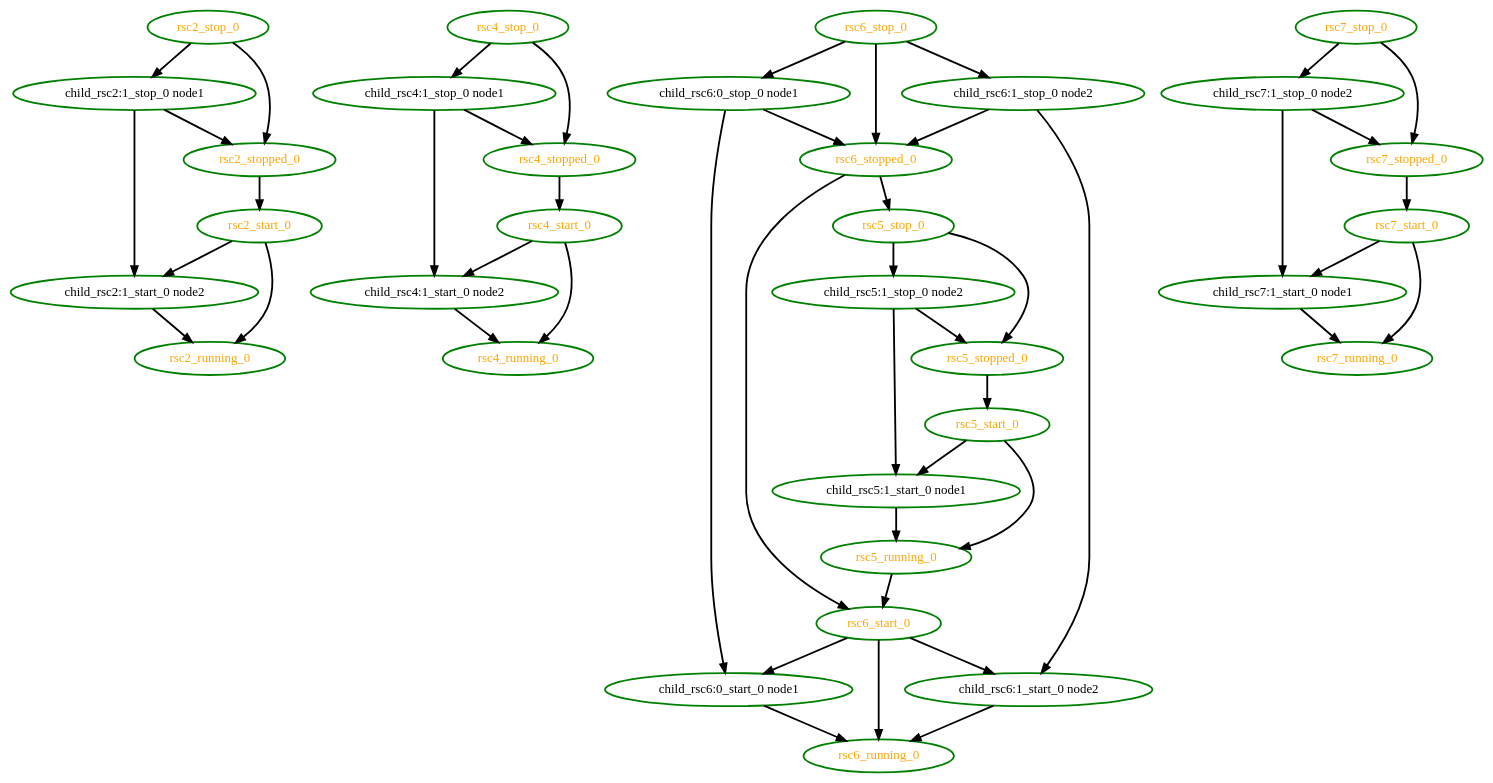
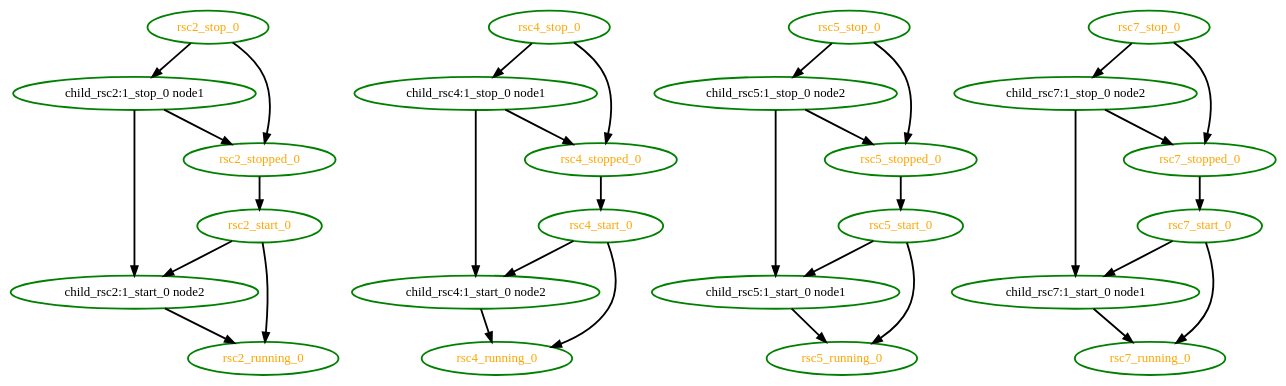
Before and after one commit to ClusterLabs/pacemaker: the diagram in cts/scheduler/dot/inc6.dot, drawn with Graphviz. The commit also changed 19 other files, not shown here.

```diff
--- a/cts/scheduler/dot/inc6.dot
+++ b/cts/scheduler/dot/inc6.dot
@@ -1,81 +1,58 @@
  digraph "g" {
 "child_rsc2:1_start_0 node2" -> "rsc2_running_0" [ style = bold]
 "child_rsc2:1_start_0 node2" [ style=bold color="green" fontcolor="black"]
 "child_rsc2:1_stop_0 node1" -> "child_rsc2:1_start_0 node2" [ style = bold]
 "child_rsc2:1_stop_0 node1" -> "rsc2_stopped_0" [ style = bold]
 "child_rsc2:1_stop_0 node1" [ style=bold color="green" fontcolor="black"]
 "child_rsc4:1_start_0 node2" -> "rsc4_running_0" [ style = bold]
 "child_rsc4:1_start_0 node2" [ style=bold color="green" fontcolor="black"]
 "child_rsc4:1_stop_0 node1" -> "child_rsc4:1_start_0 node2" [ style = bold]
 "child_rsc4:1_stop_0 node1" -> "rsc4_stopped_0" [ style = bold]
 "child_rsc4:1_stop_0 node1" [ style=bold color="green" fontcolor="black"]
 "child_rsc5:1_start_0 node1" -> "rsc5_running_0" [ style = bold]
 "child_rsc5:1_start_0 node1" [ style=bold color="green" fontcolor="black"]
 "child_rsc5:1_stop_0 node2" -> "child_rsc5:1_start_0 node1" [ style = bold]
 "child_rsc5:1_stop_0 node2" -> "rsc5_stopped_0" [ style = bold]
 "child_rsc5:1_stop_0 node2" [ style=bold color="green" fontcolor="black"]
-"child_rsc6:0_start_0 node1" -> "rsc6_running_0" [ style = bold]
-"child_rsc6:0_start_0 node1" [ style=bold color="green" fontcolor="black"]
-"child_rsc6:0_stop_0 node1" -> "child_rsc6:0_start_0 node1" [ style = bold]
-"child_rsc6:0_stop_0 node1" -> "rsc6_stopped_0" [ style = bold]
-"child_rsc6:0_stop_0 node1" [ style=bold color="green" fontcolor="black"]
-"child_rsc6:1_start_0 node2" -> "rsc6_running_0" [ style = bold]
-"child_rsc6:1_start_0 node2" [ style=bold color="green" fontcolor="black"]
-"child_rsc6:1_stop_0 node2" -> "child_rsc6:1_start_0 node2" [ style = bold]
-"child_rsc6:1_stop_0 node2" -> "rsc6_stopped_0" [ style = bold]
-"child_rsc6:1_stop_0 node2" [ style=bold color="green" fontcolor="black"]
 "child_rsc7:1_start_0 node1" -> "rsc7_running_0" [ style = bold]
 "child_rsc7:1_start_0 node1" [ style=bold color="green" fontcolor="black"]
 "child_rsc7:1_stop_0 node2" -> "child_rsc7:1_start_0 node1" [ style = bold]
 "child_rsc7:1_stop_0 node2" -> "rsc7_stopped_0" [ style = bold]
 "child_rsc7:1_stop_0 node2" [ style=bold color="green" fontcolor="black"]
 "rsc2_running_0" [ style=bold color="green" fontcolor="orange"]
 "rsc2_start_0" -> "child_rsc2:1_start_0 node2" [ style = bold]
 "rsc2_start_0" -> "rsc2_running_0" [ style = bold]
 "rsc2_start_0" [ style=bold color="green" fontcolor="orange"]
 "rsc2_stop_0" -> "child_rsc2:1_stop_0 node1" [ style = bold]
 "rsc2_stop_0" -> "rsc2_stopped_0" [ style = bold]
 "rsc2_stop_0" [ style=bold color="green" fontcolor="orange"]
 "rsc2_stopped_0" -> "rsc2_start_0" [ style = bold]
 "rsc2_stopped_0" [ style=bold color="green" fontcolor="orange"]
 "rsc4_running_0" [ style=bold color="green" fontcolor="orange"]
 "rsc4_start_0" -> "child_rsc4:1_start_0 node2" [ style = bold]
 "rsc4_start_0" -> "rsc4_running_0" [ style = bold]
 "rsc4_start_0" [ style=bold color="green" fontcolor="orange"]
 "rsc4_stop_0" -> "child_rsc4:1_stop_0 node1" [ style = bold]
 "rsc4_stop_0" -> "rsc4_stopped_0" [ style = bold]
 "rsc4_stop_0" [ style=bold color="green" fontcolor="orange"]
 "rsc4_stopped_0" -> "rsc4_start_0" [ style = bold]
 "rsc4_stopped_0" [ style=bold color="green" fontcolor="orange"]
-"rsc5_running_0" -> "rsc6_start_0" [ style = bold]
 "rsc5_running_0" [ style=bold color="green" fontcolor="orange"]
 "rsc5_start_0" -> "child_rsc5:1_start_0 node1" [ style = bold]
 "rsc5_start_0" -> "rsc5_running_0" [ style = bold]
 "rsc5_start_0" [ style=bold color="green" fontcolor="orange"]
 "rsc5_stop_0" -> "child_rsc5:1_stop_0 node2" [ style = bold]
 "rsc5_stop_0" -> "rsc5_stopped_0" [ style = bold]
 "rsc5_stop_0" [ style=bold color="green" fontcolor="orange"]
 "rsc5_stopped_0" -> "rsc5_start_0" [ style = bold]
 "rsc5_stopped_0" [ style=bold color="green" fontcolor="orange"]
-"rsc6_running_0" [ style=bold color="green" fontcolor="orange"]
-"rsc6_start_0" -> "child_rsc6:0_start_0 node1" [ style = bold]
-"rsc6_start_0" -> "child_rsc6:1_start_0 node2" [ style = bold]
-"rsc6_start_0" -> "rsc6_running_0" [ style = bold]
-"rsc6_start_0" [ style=bold color="green" fontcolor="orange"]
-"rsc6_stop_0" -> "child_rsc6:0_stop_0 node1" [ style = bold]
-"rsc6_stop_0" -> "child_rsc6:1_stop_0 node2" [ style = bold]
-"rsc6_stop_0" -> "rsc6_stopped_0" [ style = bold]
-"rsc6_stop_0" [ style=bold color="green" fontcolor="orange"]
-"rsc6_stopped_0" -> "rsc5_stop_0" [ style = bold]
-"rsc6_stopped_0" -> "rsc6_start_0" [ style = bold]
-"rsc6_stopped_0" [ style=bold color="green" fontcolor="orange"]
 "rsc7_running_0" [ style=bold color="green" fontcolor="orange"]
 "rsc7_start_0" -> "child_rsc7:1_start_0 node1" [ style = bold]
 "rsc7_start_0" -> "rsc7_running_0" [ style = bold]
 "rsc7_start_0" [ style=bold color="green" fontcolor="orange"]
 "rsc7_stop_0" -> "child_rsc7:1_stop_0 node2" [ style = bold]
 "rsc7_stop_0" -> "rsc7_stopped_0" [ style = bold]
 "rsc7_stop_0" [ style=bold color="green" fontcolor="orange"]
 "rsc7_stopped_0" -> "rsc7_start_0" [ style = bold]
 "rsc7_stopped_0" [ style=bold color="green" fontcolor="orange"]
 }
```
